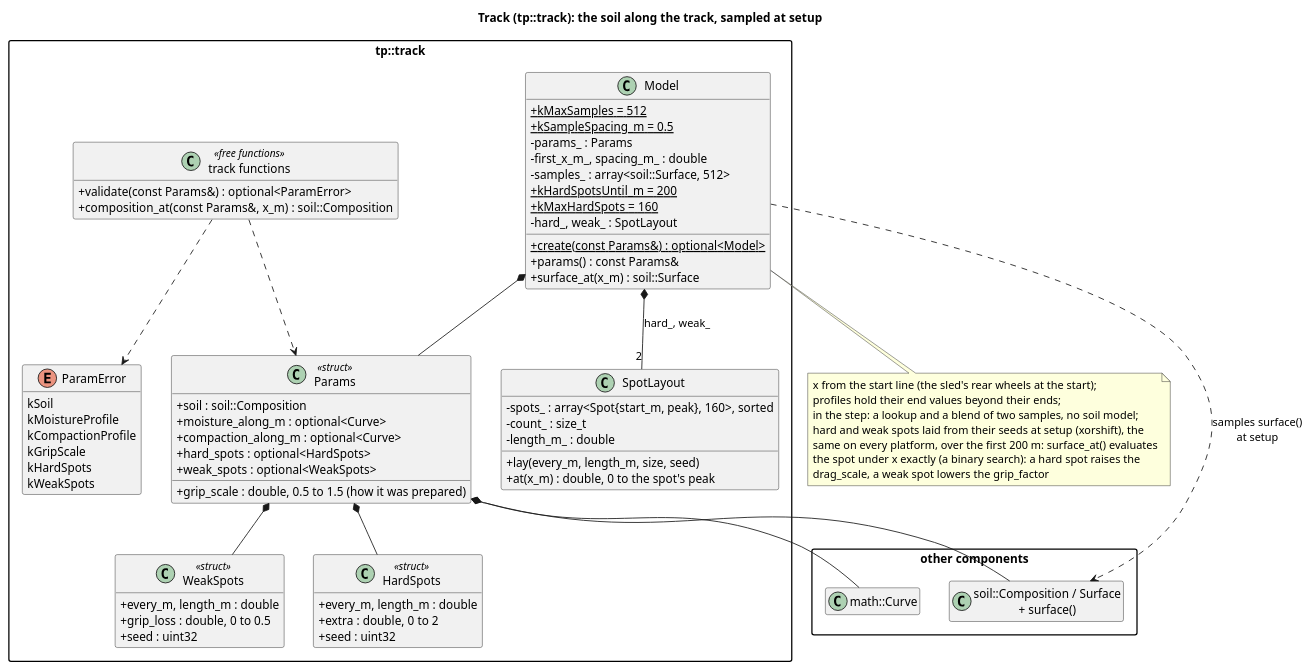
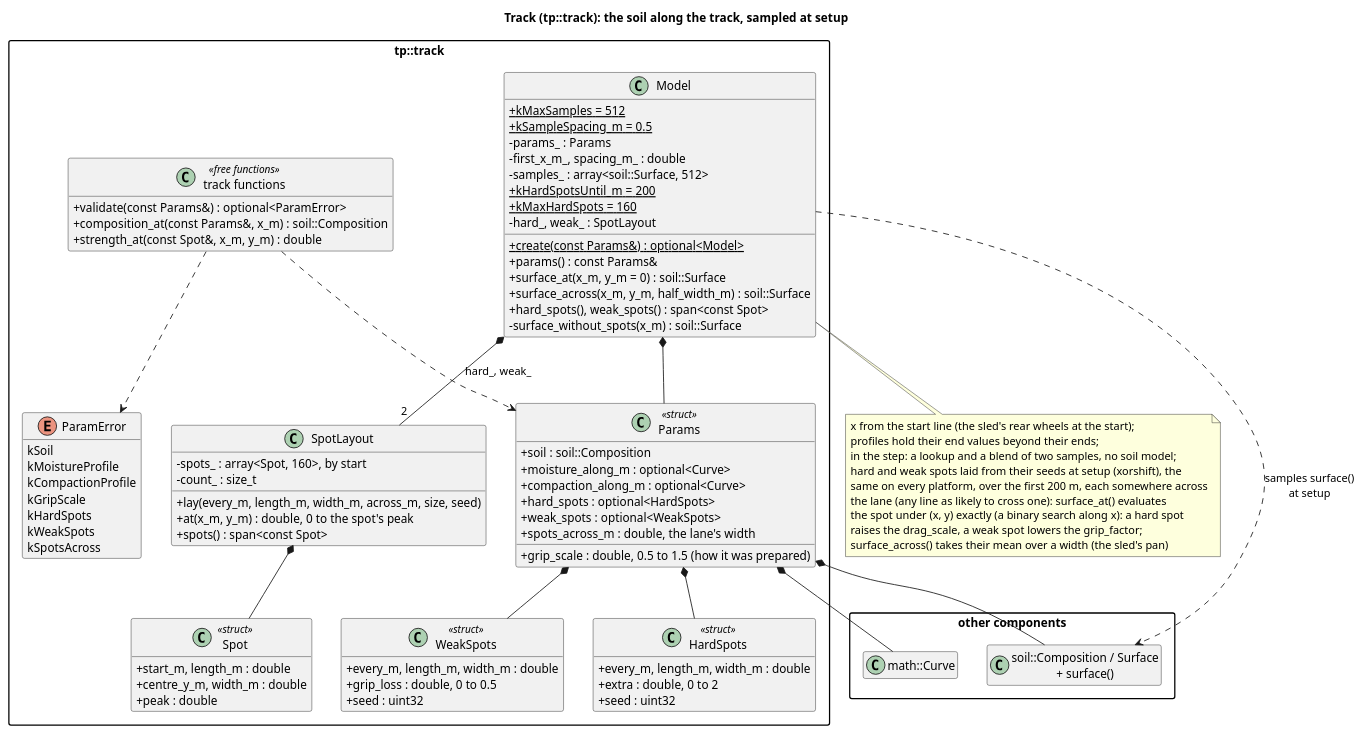
One commit to wversteeg/TractorPulling changed the diagram in docs/diagrams/track_classes.puml. Above: the diagram before and after it, drawn with PlantUML. The commit also changed 82 other files, not shown here.

First line of the commit message:
Spots across the lane, the crew's report and the start position

```diff
--- a/docs/diagrams/track_classes.puml
+++ b/docs/diagrams/track_classes.puml
@@ -1,82 +1,96 @@
 @startuml track_classes
 title Track (tp::track): the soil along the track, sampled at setup
 hide empty members
 skinparam packageStyle rectangle
 skinparam classAttributeIconSize 0
 
 package "other components" {
   class "soil::Composition / Surface\n+ surface()" as Soil
   class "math::Curve" as Curve
 }
 
 package "tp::track" {
   class Params <<struct>> {
     +soil : soil::Composition
     +moisture_along_m : optional<Curve>
     +compaction_along_m : optional<Curve>
     +grip_scale : double, 0.5 to 1.5 (how it was prepared)
     +hard_spots : optional<HardSpots>
     +weak_spots : optional<WeakSpots>
+    +spots_across_m : double, the lane's width
   }
   class HardSpots <<struct>> {
-    +every_m, length_m : double
+    +every_m, length_m, width_m : double
     +extra : double, 0 to 2
     +seed : uint32
   }
   class WeakSpots <<struct>> {
-    +every_m, length_m : double
+    +every_m, length_m, width_m : double
     +grip_loss : double, 0 to 0.5
     +seed : uint32
   }
+  class Spot <<struct>> {
+    +start_m, length_m : double
+    +centre_y_m, width_m : double
+    +peak : double
+  }
   class SpotLayout {
-    -spots_ : array<Spot{start_m, peak}, 160>, sorted
+    -spots_ : array<Spot, 160>, by start
     -count_ : size_t
-    -length_m_ : double
-    +lay(every_m, length_m, size, seed)
-    +at(x_m) : double, 0 to the spot's peak
+    +lay(every_m, length_m, width_m, across_m, size, seed)
+    +at(x_m, y_m) : double, 0 to the spot's peak
+    +spots() : span<const Spot>
   }
   class Model {
     +{static} kMaxSamples = 512
     +{static} kSampleSpacing_m = 0.5
     -params_ : Params
     -first_x_m_, spacing_m_ : double
     -samples_ : array<soil::Surface, 512>
     +{static} kHardSpotsUntil_m = 200
     +{static} kMaxHardSpots = 160
     -hard_, weak_ : SpotLayout
     +{static} create(const Params&) : optional<Model>
     +params() : const Params&
-    +surface_at(x_m) : soil::Surface
+    +surface_at(x_m, y_m = 0) : soil::Surface
+    +surface_across(x_m, y_m, half_width_m) : soil::Surface
+    +hard_spots(), weak_spots() : span<const Spot>
+    -surface_without_spots(x_m) : soil::Surface
   }
   enum ParamError {
     kSoil
     kMoistureProfile
     kCompactionProfile
     kGripScale
     kHardSpots
     kWeakSpots
+    kSpotsAcross
   }
   class "track functions" as TrackFns <<free functions>> {
     +validate(const Params&) : optional<ParamError>
     +composition_at(const Params&, x_m) : soil::Composition
+    +strength_at(const Spot&, x_m, y_m) : double
   }
   Model *-- Params
   Params *-- HardSpots
   Params *-- WeakSpots
   Model *-- "2" SpotLayout : hard_, weak_
+  SpotLayout *-- Spot
   TrackFns ..> Params
   TrackFns ..> ParamError
 }
 Params *-- Curve
 Params *-- Soil
 Model ..> Soil : samples surface()\nat setup
 note bottom of Model
   x from the start line (the sled's rear wheels at the start);
   profiles hold their end values beyond their ends;
   in the step: a lookup and a blend of two samples, no soil model;
   hard and weak spots laid from their seeds at setup (xorshift), the
-  same on every platform, over the first 200 m: surface_at() evaluates
-  the spot under x exactly (a binary search): a hard spot raises the
-  drag_scale, a weak spot lowers the grip_factor
+  same on every platform, over the first 200 m, each somewhere across
+  the lane (any line as likely to cross one): surface_at() evaluates
+  the spot under (x, y) exactly (a binary search along x): a hard spot
+  raises the drag_scale, a weak spot lowers the grip_factor;
+  surface_across() takes their mean over a width (the sled's pan)
 end note
 @enduml
```
